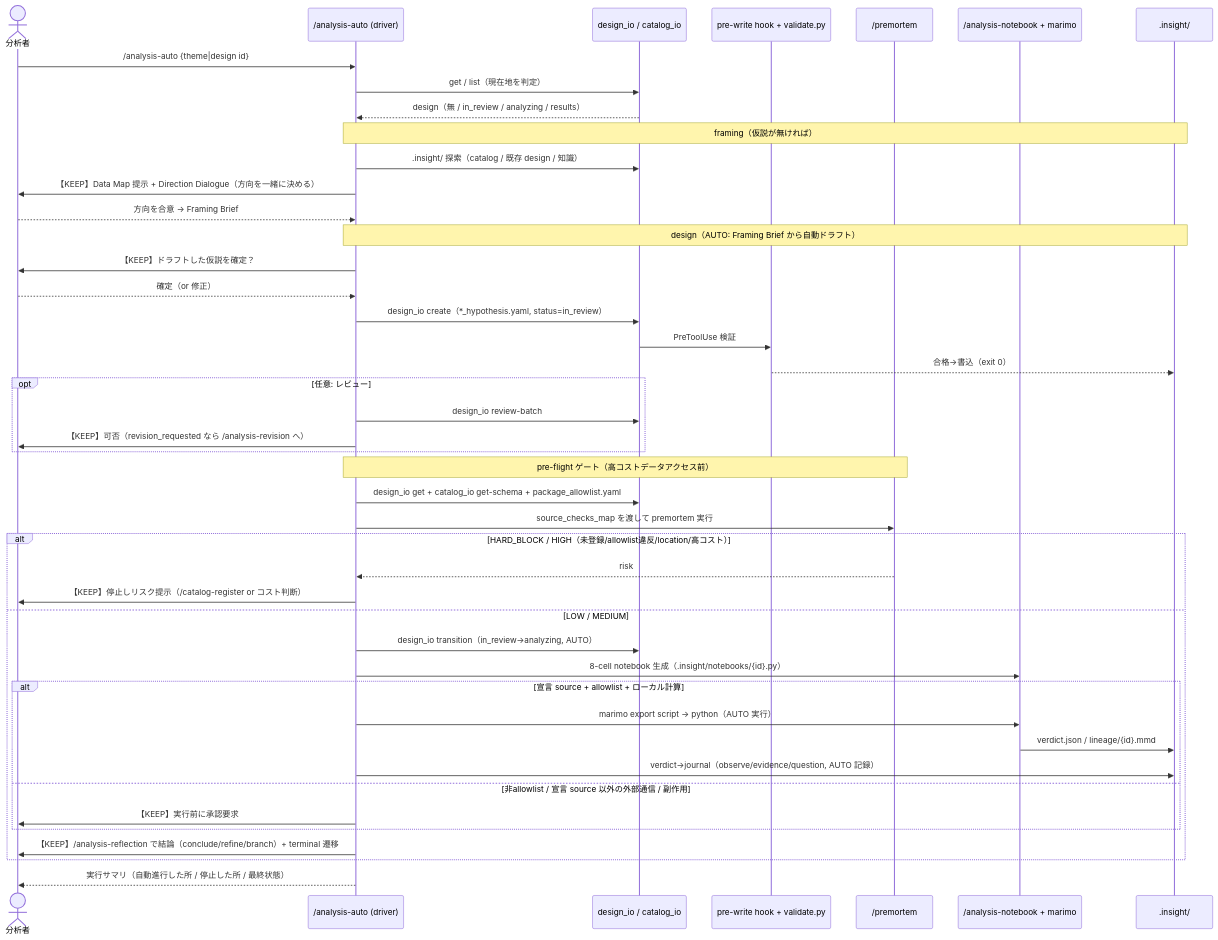
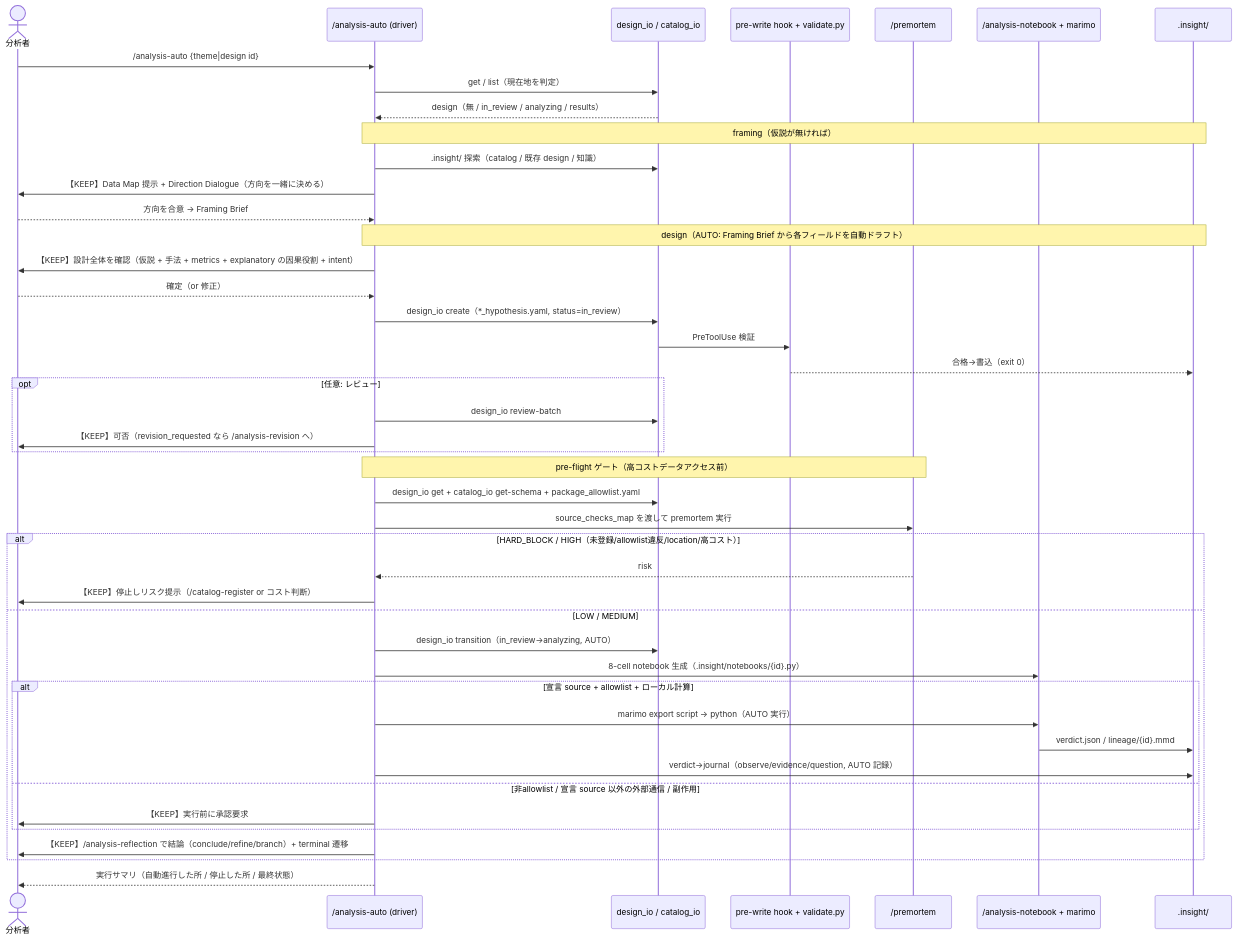
The fifth of 5 diagrams in docs/ARCHITECTURE.md (etoyama/insight-blueprint-skills), drawn with Mermaid before and after one commit. The commit also changed 1 other file, not shown here.

Commit message:
fix(analysis-auto): design ゲートを設計全体の確認に拡張（点検指摘）
framing と同種の見落とし: autopilot が /analysis-design の methodology・metrics・
explanatory の因果役割(treatment/confounder 等)を黙って自動決定し、確認は仮説だけだった。
これらは分析の質を左右する本物の判断なので、create 前に設計全体（仮説+手法+metrics+
explanatory 役割+intent）をユーザーと確認する KEEP ゲートに拡張。

- SKILL ゲート方針表 + Workflow の design ステップを「設計全体を確認」に
- ARCHITECTURE の autopilot 詳細シーケンスの design 確認行も同様に

他ステップ（review verdict / premortem HARD_BLOCK・HIGH / notebook 外部通信 /
reflection 結論 / catalog 登録）は適切にゲート済みで変更なし。pytest 351 passed。

````diff
--- a/docs/ARCHITECTURE.md
+++ b/docs/ARCHITECTURE.md
@@ -169,50 +169,50 @@
 ```mermaid
 sequenceDiagram
     actor U as 分析者
     participant D as /analysis-auto (driver)
     participant IO as design_io / catalog_io
     participant H as pre-write hook + validate.py
     participant PM as /premortem
     participant NB as /analysis-notebook + marimo
     participant FS as .insight/
 
     U->>D: /analysis-auto {theme|design id}
     D->>IO: get / list（現在地を判定）
     IO-->>D: design（無 / in_review / analyzing / results）
 
     Note over D,FS: framing（仮説が無ければ）
     D->>IO: .insight/ 探索（catalog / 既存 design / 知識）
     D->>U: 【KEEP】Data Map 提示 + Direction Dialogue（方向を一緒に決める）
     U-->>D: 方向を合意 → Framing Brief
-    Note over D,FS: design（AUTO: Framing Brief から自動ドラフト）
-    D->>U: 【KEEP】ドラフトした仮説を確定？
+    Note over D,FS: design（AUTO: Framing Brief から各フィールドを自動ドラフト）
+    D->>U: 【KEEP】設計全体を確認（仮説 + 手法 + metrics + explanatory の因果役割 + intent）
     U-->>D: 確定（or 修正）
     D->>IO: design_io create（*_hypothesis.yaml, status=in_review）
     IO->>H: PreToolUse 検証
     H-->>FS: 合格→書込（exit 0）
 
     opt 任意: レビュー
         D->>IO: design_io review-batch
         D->>U: 【KEEP】可否（revision_requested なら /analysis-revision へ）
     end
 
     Note over D,PM: pre-flight ゲート（高コストデータアクセス前）
     D->>IO: design_io get + catalog_io get-schema + package_allowlist.yaml
     D->>PM: source_checks_map を渡して premortem 実行
     alt HARD_BLOCK / HIGH（未登録/allowlist違反/location/高コスト）
         PM-->>D: risk
         D->>U: 【KEEP】停止しリスク提示（/catalog-register or コスト判断）
     else LOW / MEDIUM
         D->>IO: design_io transition（in_review→analyzing, AUTO）
         D->>NB: 8-cell notebook 生成（.insight/notebooks/{id}.py）
         alt 宣言 source + allowlist + ローカル計算
             D->>NB: marimo export script → python（AUTO 実行）
             NB->>FS: verdict.json / lineage/{id}.mmd
             D->>FS: verdict→journal（observe/evidence/question, AUTO 記録）
         else 非allowlist / 宣言 source 以外の外部通信 / 副作用
             D->>U: 【KEEP】実行前に承認要求
         end
         D->>U: 【KEEP】/analysis-reflection で結論（conclude/refine/branch）+ terminal 遷移
     end
     D-->>U: 実行サマリ（自動進行した所 / 停止した所 / 最終状態）
 ```
````
